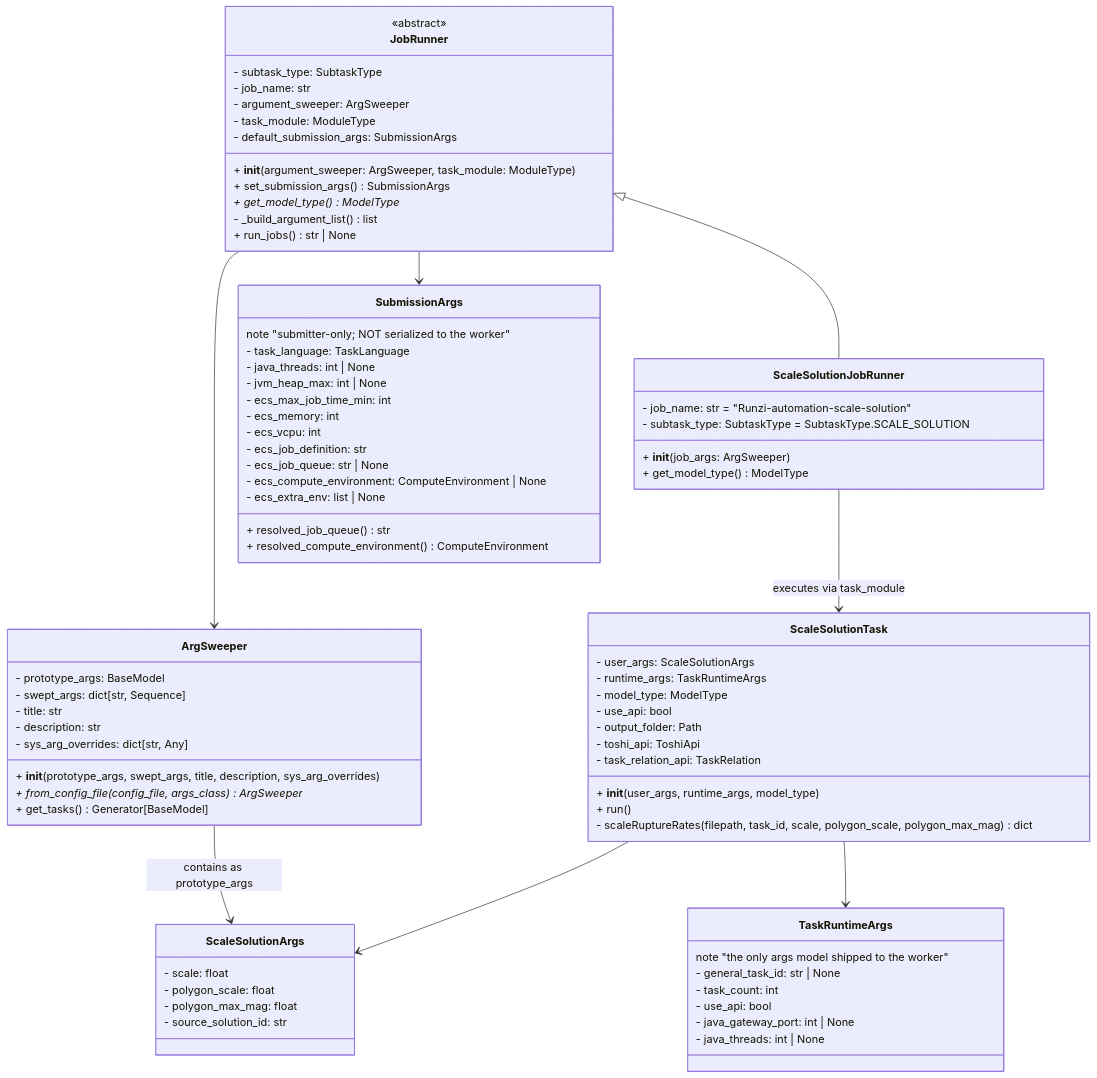
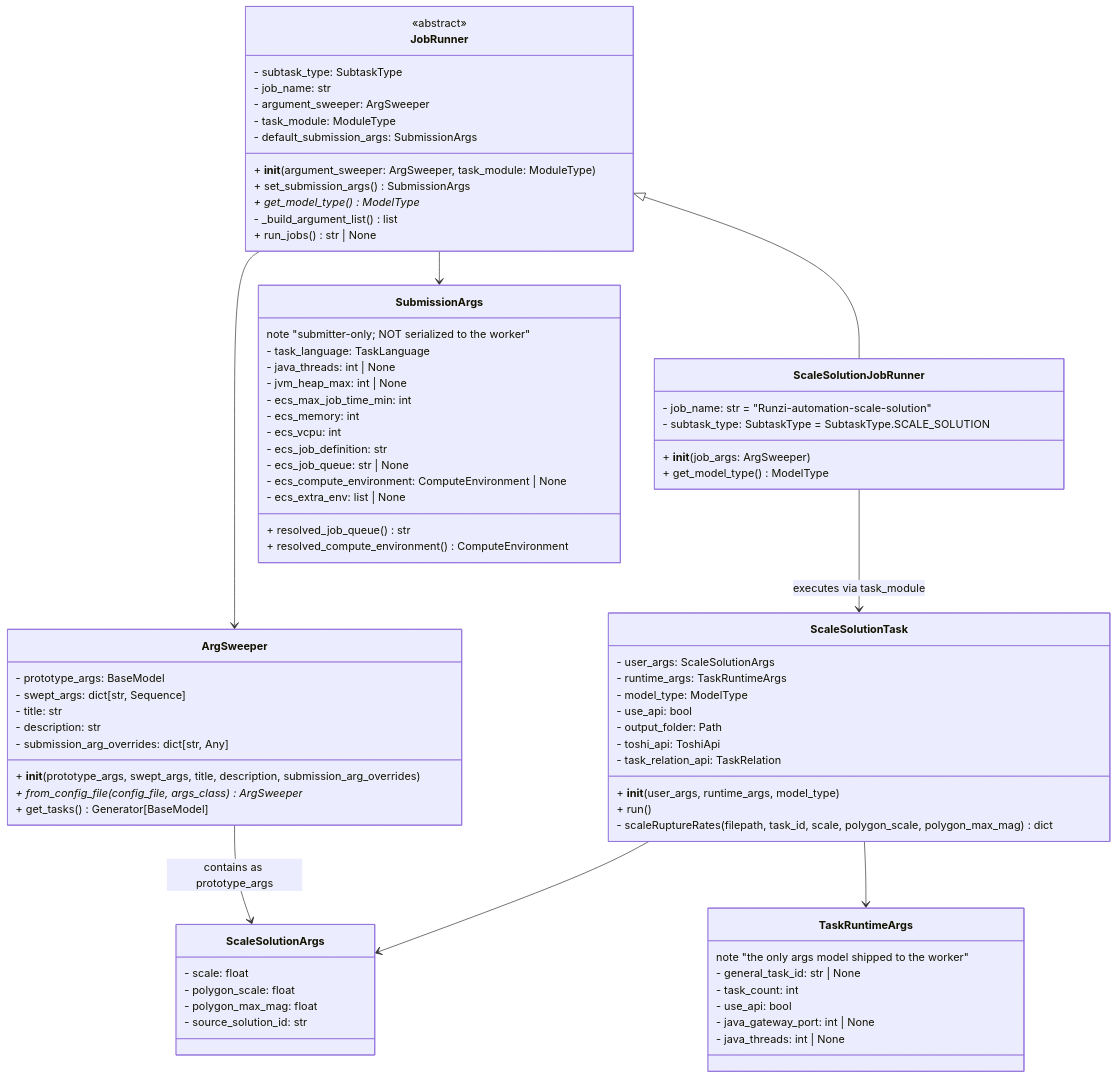
Before and after one commit to GNS-Science/nzshm-runzi: the diagram in docs/architecture/architecture.md, drawn with Mermaid. The commit also changed 13 other files, not shown here.

First line of the commit message:
refactor(args): rename config key sys_arg_overrides -> submission_arg_overrides

```diff
--- a/docs/architecture/architecture.md
+++ b/docs/architecture/architecture.md
@@ -29,9 +29,9 @@
         - swept_args: dict[str, Sequence]
         - title: str
         - description: str
-        - sys_arg_overrides: dict[str, Any]
+        - submission_arg_overrides: dict[str, Any]
         
-        + __init__(prototype_args, swept_args, title, description, sys_arg_overrides)
+        + __init__(prototype_args, swept_args, title, description, submission_arg_overrides)
         + from_config_file(config_file, args_class)* ArgSweeper
         + get_tasks() Generator[BaseModel]
     }
```
